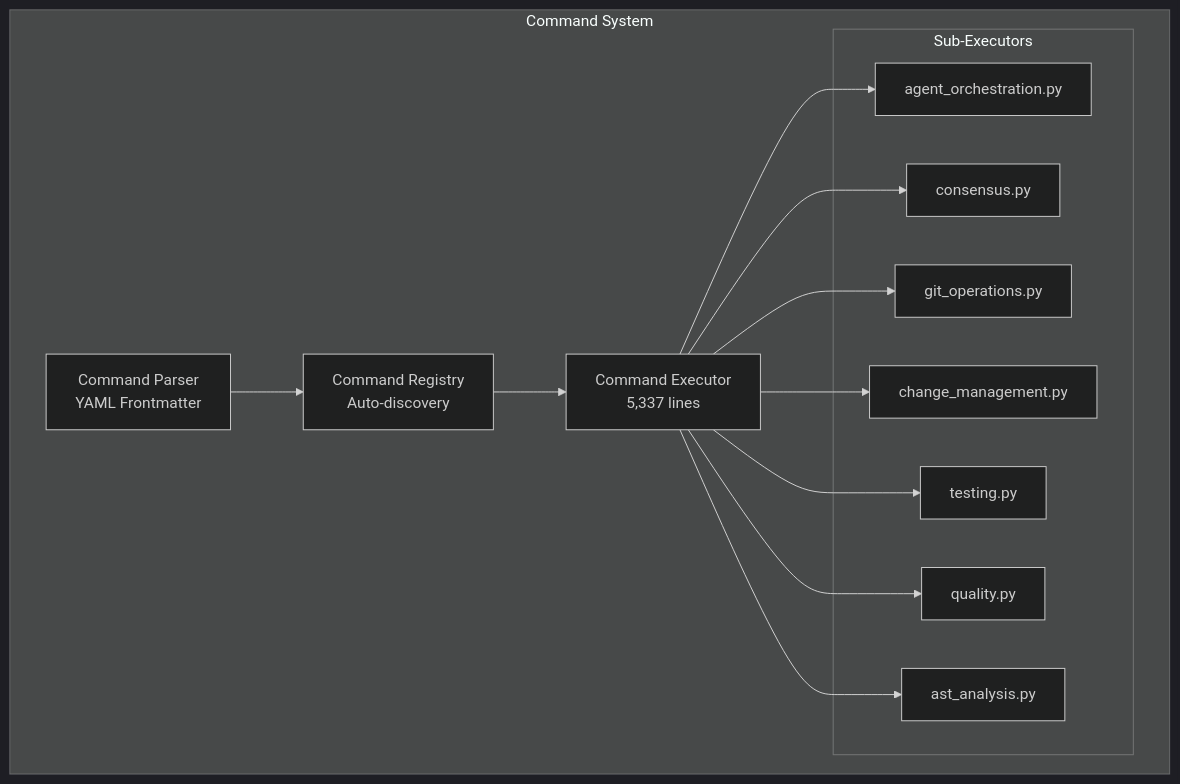
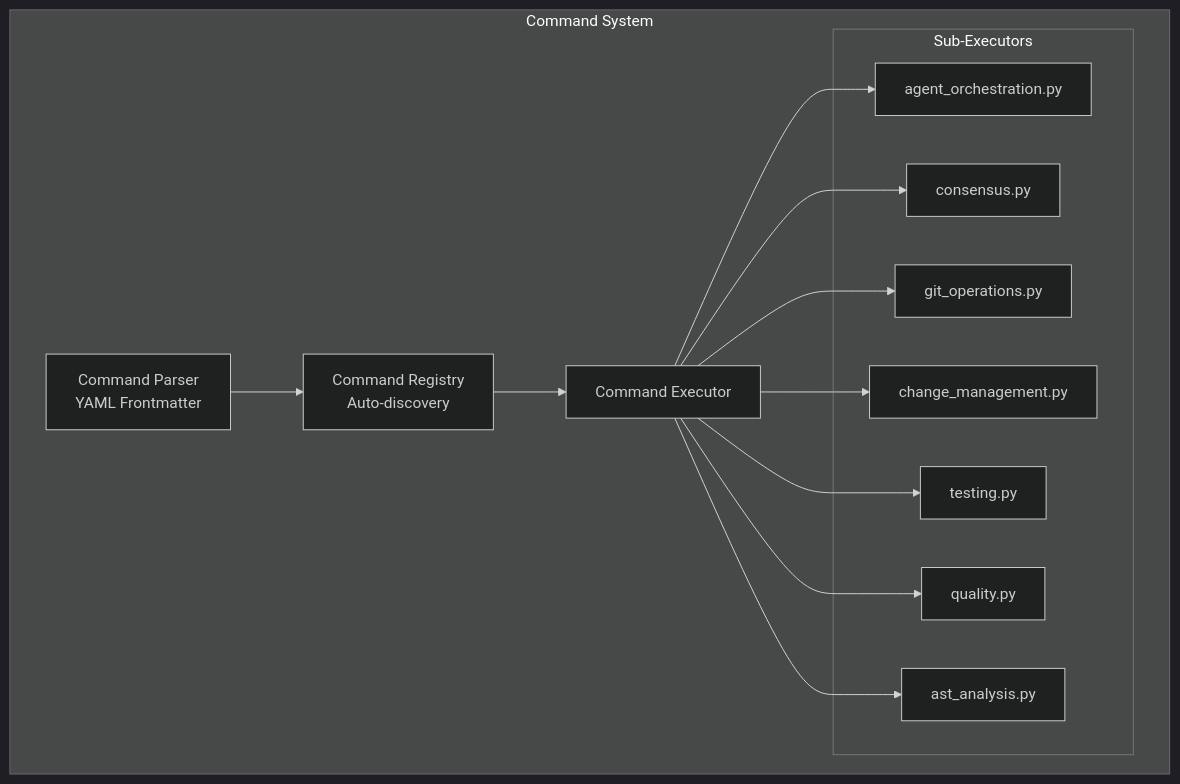
Before and after one commit to Tony363/SuperClaude: the eighth of 15 diagrams in README.md, drawn with Mermaid (dark theme). The commit also changed other lines of this file, not shown here.

````diff
--- a/README.md
+++ b/README.md
@@ -396,29 +448,29 @@
 ```mermaid
 graph TB
     subgraph "Command System"
         Parser[Command Parser<br/>YAML Frontmatter]
         Registry[Command Registry<br/>Auto-discovery]
-        Executor[Command Executor<br/>5,337 lines]
+        Executor[Command Executor]
 
         Parser --> Registry
         Registry --> Executor
 
         subgraph "Sub-Executors"
             AO[agent_orchestration.py]
             CS[consensus.py]
             GO[git_operations.py]
             CM[change_management.py]
             TE[testing.py]
             QU[quality.py]
             AS[ast_analysis.py]
         end
 
         Executor --> AO
         Executor --> CS
         Executor --> GO
         Executor --> CM
         Executor --> TE
         Executor --> QU
         Executor --> AS
     end
 ```
````
